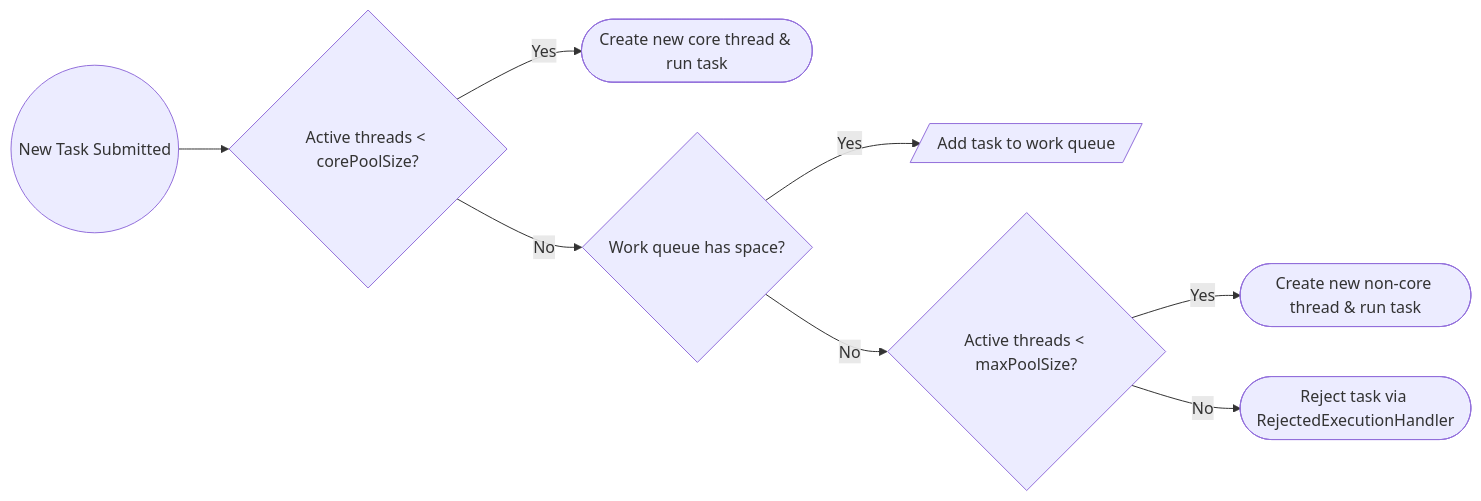
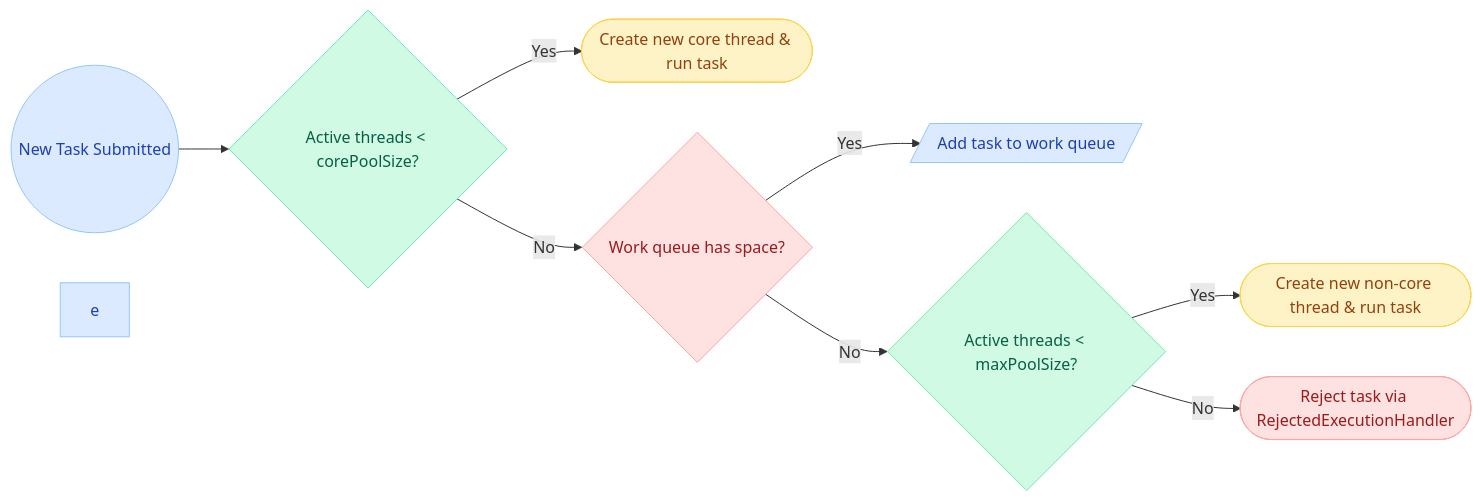
One commit to saivamsikaruturi/vamsilabs-dev-notes-main changed the third of 5 diagrams in docs/java/Executors.md. Above: the diagram before and after it, drawn with Mermaid. The commit also changed other lines of this file and 220 other files, not shown here.

First line of the commit message:
Add 50+ new Java/Spring Boot pages, rewrite CSS code blocks to Oracle style, fix all diagram colors

````diff
--- a/docs/java/Executors.md
+++ b/docs/java/Executors.md
@@ -136,10 +157,20 @@
 ```mermaid
 flowchart LR
     A(("New Task Submitted")) --> B{"Active threads < corePoolSize?"}
     B -->|Yes| C(["Create new core thread & run task"])
     B -->|No| D{"Work queue has space?"}
     D -->|Yes| E[/"Add task to work queue"/]
     D -->|No| F{"Active threads < maxPoolSize?"}
     F -->|Yes| G(["Create new non-core thread & run task"])
     F -->|No| H(["Reject task via RejectedExecutionHandler"])
+
+    style A fill:#DBEAFE,stroke:#93C5FD,color:#1E40AF
+    style B fill:#D1FAE5,stroke:#6EE7B7,color:#065F46
+    style C fill:#FEF3C7,stroke:#FCD34D,color:#92400E
+    style D fill:#FEE2E2,stroke:#FCA5A5,color:#991B1B
+    style E fill:#DBEAFE,stroke:#93C5FD,color:#1E40AF
+    style F fill:#D1FAE5,stroke:#6EE7B7,color:#065F46
+    style G fill:#FEF3C7,stroke:#FCD34D,color:#92400E
+    style H fill:#FEE2E2,stroke:#FCA5A5,color:#991B1B
+    style e fill:#DBEAFE,stroke:#93C5FD,color:#1E40AF
 ```
````
